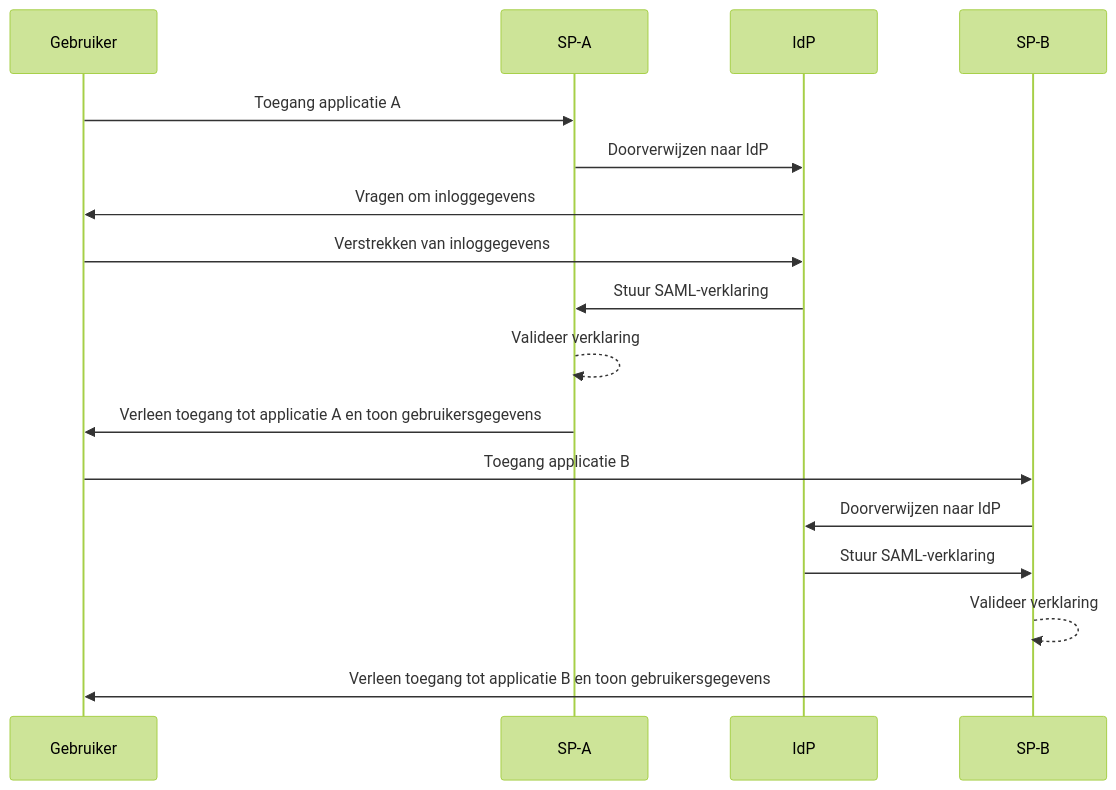
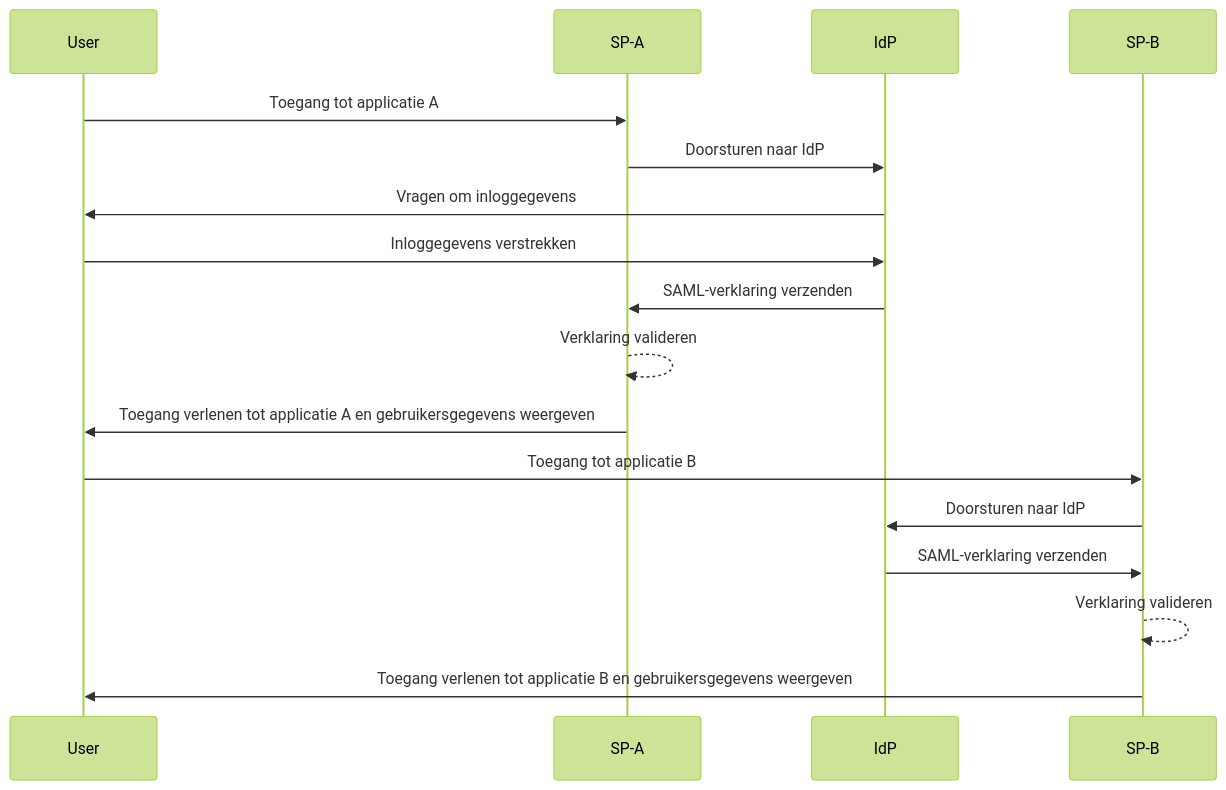
One commit to logto-io/auth-wiki changed the first of 2 diagrams in src/content/terms/nl/single-sign-on.mdx. Above: the diagram before and after it, drawn with Mermaid (forest theme). The commit also changed other lines of this file and 48 other files, not shown here.

````diff
--- a/src/content/terms/nl/single-sign-on.mdx
+++ b/src/content/terms/nl/single-sign-on.mdx
@@ -29,20 +29,20 @@
 ```mermaid
 sequenceDiagram
-    participant Gebruiker
+    participant User
     participant SP-A
     participant IdP
     participant SP-B
 
-    Gebruiker->>SP-A: Toegang applicatie A
-    SP-A->>IdP: Doorverwijzen naar IdP
-    IdP->>Gebruiker: Vragen om inloggegevens
-    Gebruiker->>IdP: Verstrekken van inloggegevens
-    IdP->>SP-A: Stuur SAML-verklaring
-    SP-A-->>SP-A: Valideer verklaring
-    SP-A->>Gebruiker: Verleen toegang tot applicatie A en toon gebruikersgegevens
-    Gebruiker->>SP-B: Toegang applicatie B
-    SP-B->>IdP: Doorverwijzen naar IdP
-    IdP->>SP-B: Stuur SAML-verklaring
-    SP-B-->>SP-B: Valideer verklaring
-    SP-B->>Gebruiker: Verleen toegang tot applicatie B en toon gebruikersgegevens
+    User->>SP-A: Toegang tot applicatie A
+    SP-A->>IdP: Doorsturen naar IdP
+    IdP->>User: Vragen om inloggegevens
+    User->>IdP: Inloggegevens verstrekken
+    IdP->>SP-A: SAML-verklaring verzenden
+    SP-A-->>SP-A: Verklaring valideren
+    SP-A->>User: Toegang verlenen tot applicatie A en gebruikersgegevens weergeven
+    User->>SP-B: Toegang tot applicatie B
+    SP-B->>IdP: Doorsturen naar IdP
+    IdP->>SP-B: SAML-verklaring verzenden
+    SP-B-->>SP-B: Verklaring valideren
+    SP-B->>User: Toegang verlenen tot applicatie B en gebruikersgegevens weergeven
 ```
````
